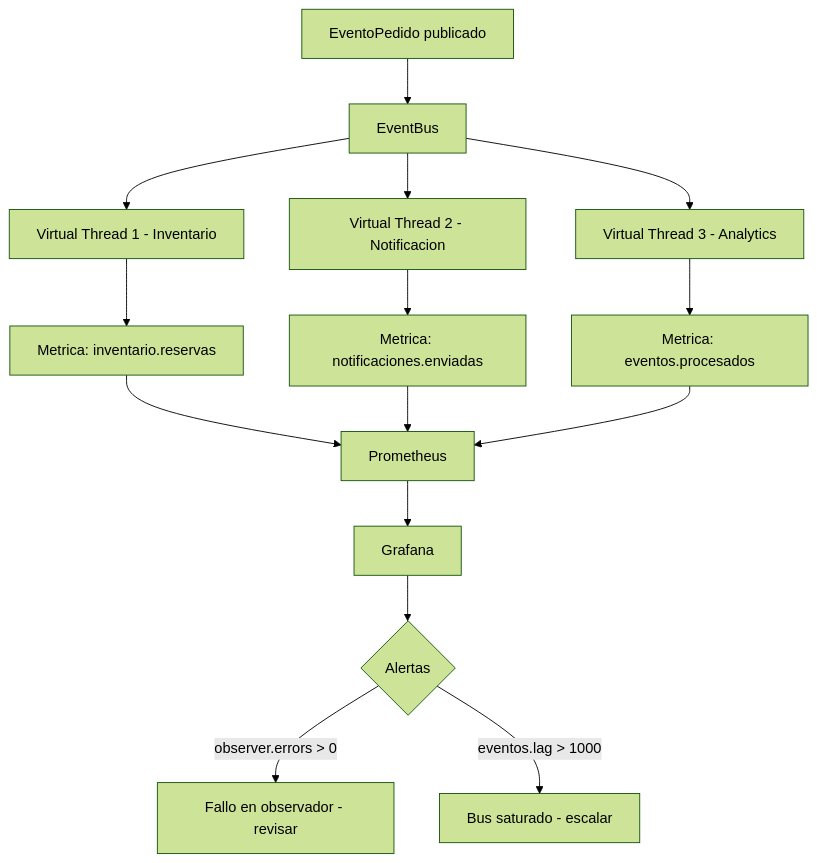
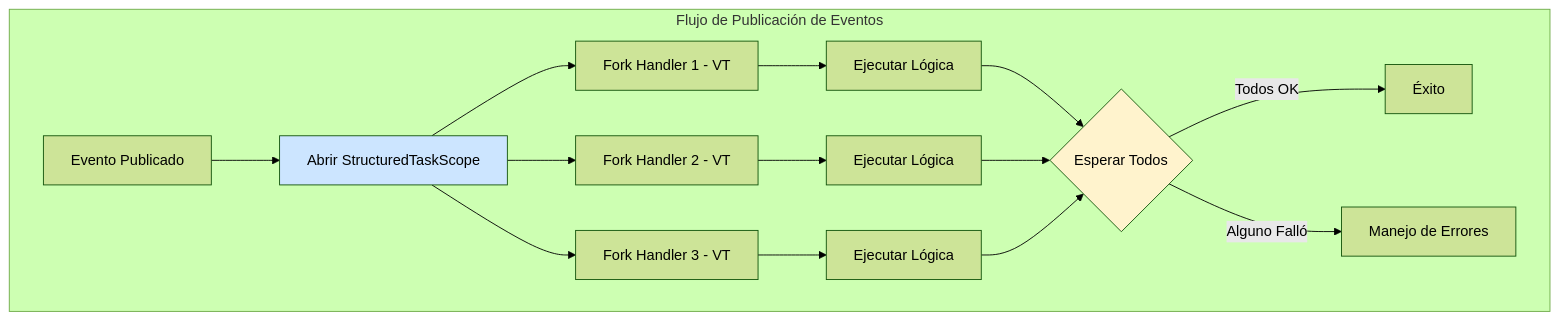
The third of 4 diagrams in 01_Java_Core/patrones_strategy_y_observer_en_java_21:_implementación_con_sealed_interfaces,_pattern_matching_sobre_records_y_desacoplamiento_funcional_sin_efectos_secundarios_STAFF.md (Joaquinriosheredia/DAM-Java-Mastery), drawn with Mermaid (forest theme) before and after one commit. The commit also changed other lines of this file, not shown here.

Commit message:
patrones_strategy_y_observer_en_java_21:_implementación_con_sealed_interfaces,_pattern_matching_sobre_records_y_desacoplamiento_funcional_sin_efectos_secundarios_STAFF.md

````diff
--- a/01_Java_Core/patrones_strategy_y_observer_en_java_21:_implementación_con_sealed_interfaces,_pattern_matching_sobre_records_y_desacoplamiento_funcional_sin_efectos_secundarios_STAFF.md
+++ b/01_Java_Core/patrones_strategy_y_observer_en_java_21:_implementación_con_sealed_interfaces,_pattern_matching_sobre_records_y_desacoplamiento_funcional_sin_efectos_secundarios_STAFF.md
@@ -348,17 +298,23 @@
 ```mermaid
 graph TD
-    A[EventoPedido publicado] --> B[EventBus]
-    B --> C[Virtual Thread 1 - Inventario]
-    B --> D[Virtual Thread 2 - Notificacion]
-    B --> E[Virtual Thread 3 - Analytics]
-    C --> F[Metrica: inventario.reservas]
-    D --> G[Metrica: notificaciones.enviadas]
-    E --> H[Metrica: eventos.procesados]
-    F --> I[Prometheus]
-    G --> I
-    H --> I
-    I --> J[Grafana]
-    J --> K{Alertas}
-    K -->|observer.errors > 0| L[Fallo en observador - revisar]
-    K -->|eventos.lag > 1000| M[Bus saturado - escalar]
+    subgraph "Flujo de Publicación de Eventos"
+        EVT[Evento Publicado] --> SCOPE[Abrir StructuredTaskScope]
+        SCOPE --> FORK1[Fork Handler 1 - VT]
+        SCOPE --> FORK2[Fork Handler 2 - VT]
+        SCOPE --> FORK3[Fork Handler 3 - VT]
+        
+        FORK1 --> EXEC1[Ejecutar Lógica]
+        FORK2 --> EXEC2[Ejecutar Lógica]
+        FORK3 --> EXEC3[Ejecutar Lógica]
+        
+        EXEC1 --> JOIN{Esperar Todos}
+        EXEC2 --> JOIN
+        EXEC3 --> JOIN
+        
+        JOIN -->|Todos OK| DONE[Éxito]
+        JOIN -->|Alguno Falló| ERR[Manejo de Errores]
+    end
+    
+    style SCOPE fill:#cce5ff
+    style JOIN fill:#fff3cd
 ```
````
